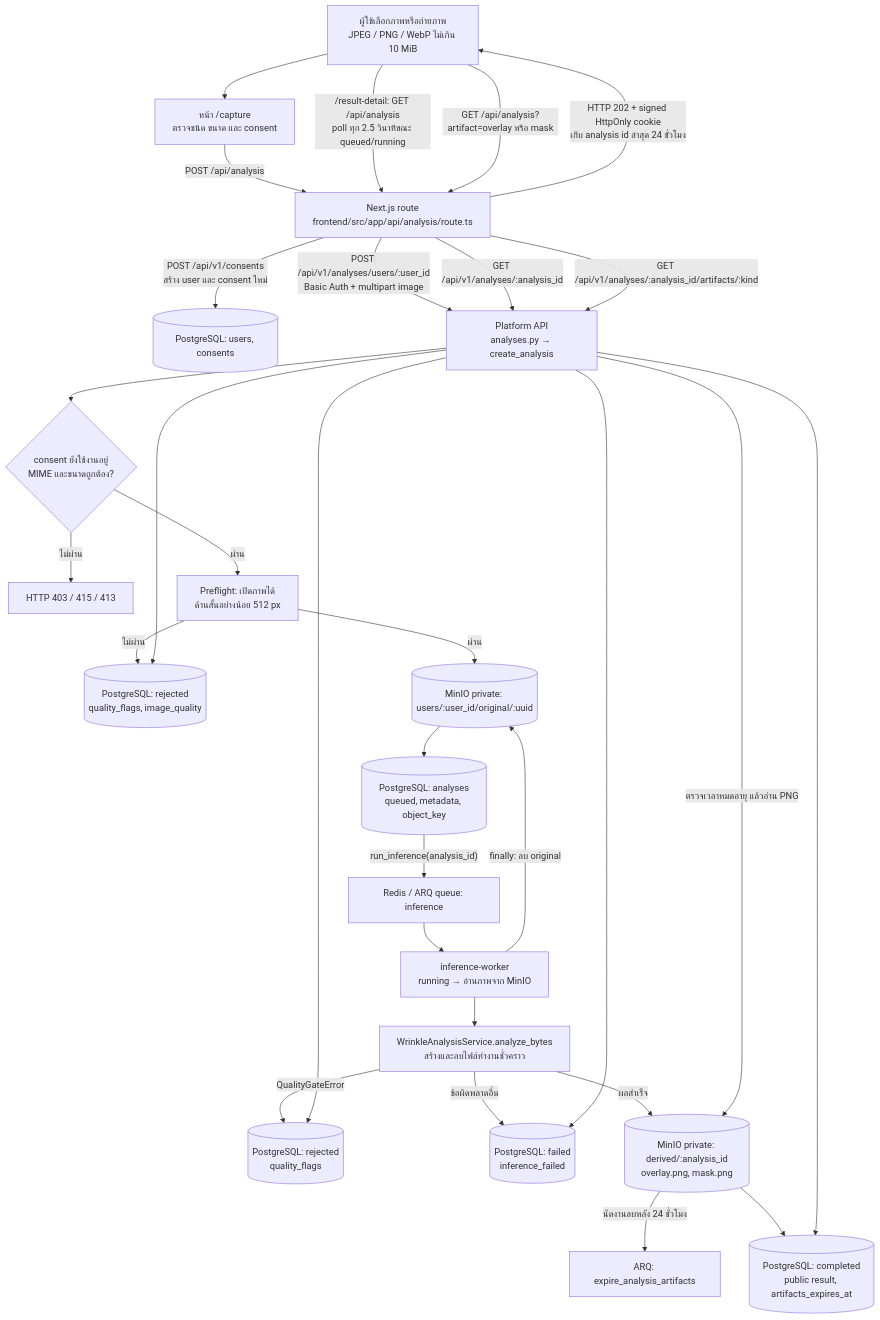
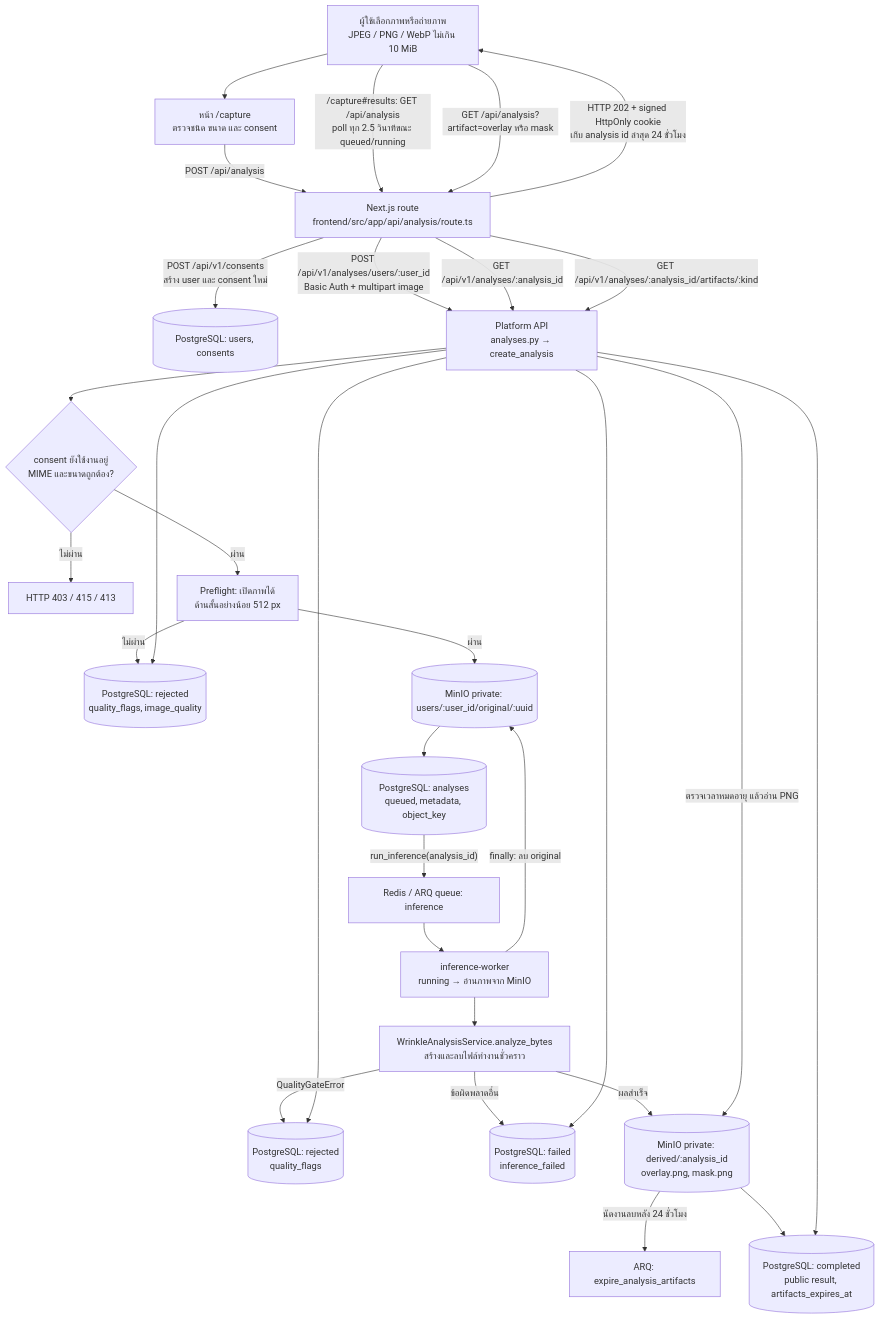
The first of 2 diagrams in docs/architecture/diagrams/ai-photo-data-flow.md (PacharaponK/Aphrodize), drawn with Mermaid before and after one commit. The commit also changed other lines of this file and 38 other files, not shown here.

````diff
--- a/docs/architecture/diagrams/ai-photo-data-flow.md
+++ b/docs/architecture/diagrams/ai-photo-data-flow.md
@@ -7,32 +7,32 @@
 ```mermaid
 flowchart TD
     U[ผู้ใช้เลือกภาพหรือถ่ายภาพ<br/>JPEG / PNG / WebP ไม่เกิน 10 MiB] --> C[หน้า /capture<br/>ตรวจชนิด ขนาด และ consent]
     C -->|POST /api/analysis| N[Next.js route<br/>frontend/src/app/api/analysis/route.ts]
     N -->|POST /api/v1/consents<br/>สร้าง user และ consent ใหม่| CO[(PostgreSQL: users, consents)]
     N -->|POST /api/v1/analyses/users/:user_id<br/>Basic Auth + multipart image| API[Platform API<br/>analyses.py → create_analysis]
     API --> V{consent ยังใช้งานอยู่<br/>MIME และขนาดถูกต้อง?}
     V -->|ไม่ผ่าน| E[HTTP 403 / 415 / 413]
     V -->|ผ่าน| Q[Preflight: เปิดภาพได้<br/>ด้านสั้นอย่างน้อย 512 px]
     Q -->|ไม่ผ่าน| RJ[(PostgreSQL: rejected<br/>quality_flags, image_quality)]
     Q -->|ผ่าน| O[(MinIO private: users/:user_id/original/:uuid)]
     O --> DB[(PostgreSQL: analyses<br/>queued, metadata, object_key)]
     DB -->|"run_inference(analysis_id)"| REDIS[Redis / ARQ queue: inference]
     REDIS --> W[inference-worker<br/>running → อ่านภาพจาก MinIO]
     W --> P[WrinkleAnalysisService.analyze_bytes<br/>สร้างและลบไฟล์ทำงานชั่วคราว]
     P -->|QualityGateError| R2[(PostgreSQL: rejected<br/>quality_flags)]
     P -->|ข้อผิดพลาดอื่น| F[(PostgreSQL: failed<br/>inference_failed)]
     P -->|ผลสำเร็จ| ART[(MinIO private: derived/:analysis_id<br/>overlay.png, mask.png)]
     ART -->|นัดงานลบหลัง 24 ชั่วโมง| EXP[ARQ: expire_analysis_artifacts]
     ART --> DONE[(PostgreSQL: completed<br/>public result, artifacts_expires_at)]
     W -->|finally: ลบ original| O
     N -->|HTTP 202 + signed HttpOnly cookie<br/>เก็บ analysis id ล่าสุด 24 ชั่วโมง| U
-    U -->|/result-detail: GET /api/analysis<br/>poll ทุก 2.5 วินาทีขณะ queued/running| N
+    U -->|/capture#results: GET /api/analysis<br/>poll ทุก 2.5 วินาทีขณะ queued/running| N
     N -->|GET /api/v1/analyses/:analysis_id| API
     API --> RJ
     API --> R2
     API --> F
     API --> DONE
     U -->|GET /api/analysis?artifact=overlay หรือ mask| N
     N -->|GET /api/v1/analyses/:analysis_id/artifacts/:kind| API
     API -->|ตรวจเวลาหมดอายุ แล้วอ่าน PNG| ART
 ```
````
